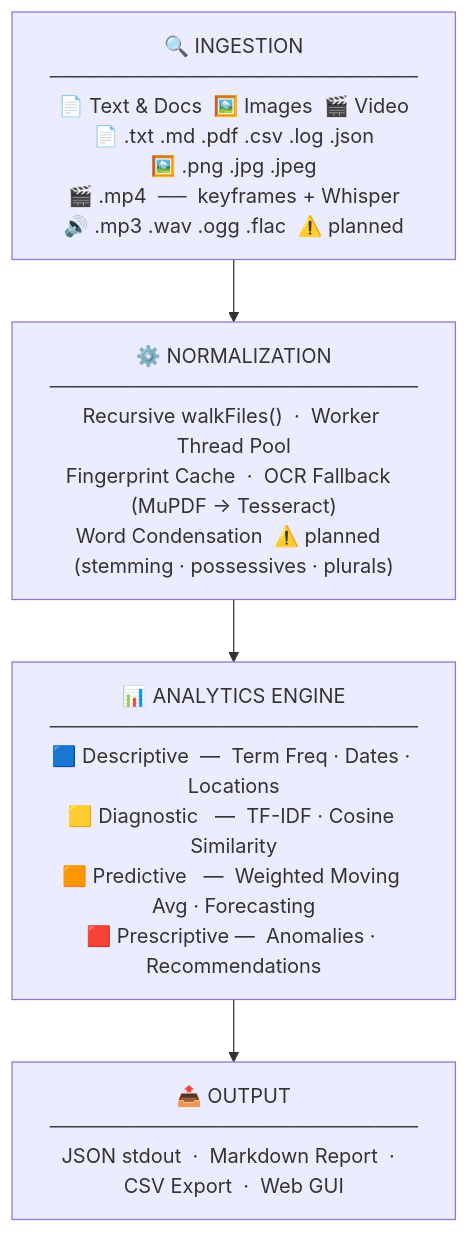
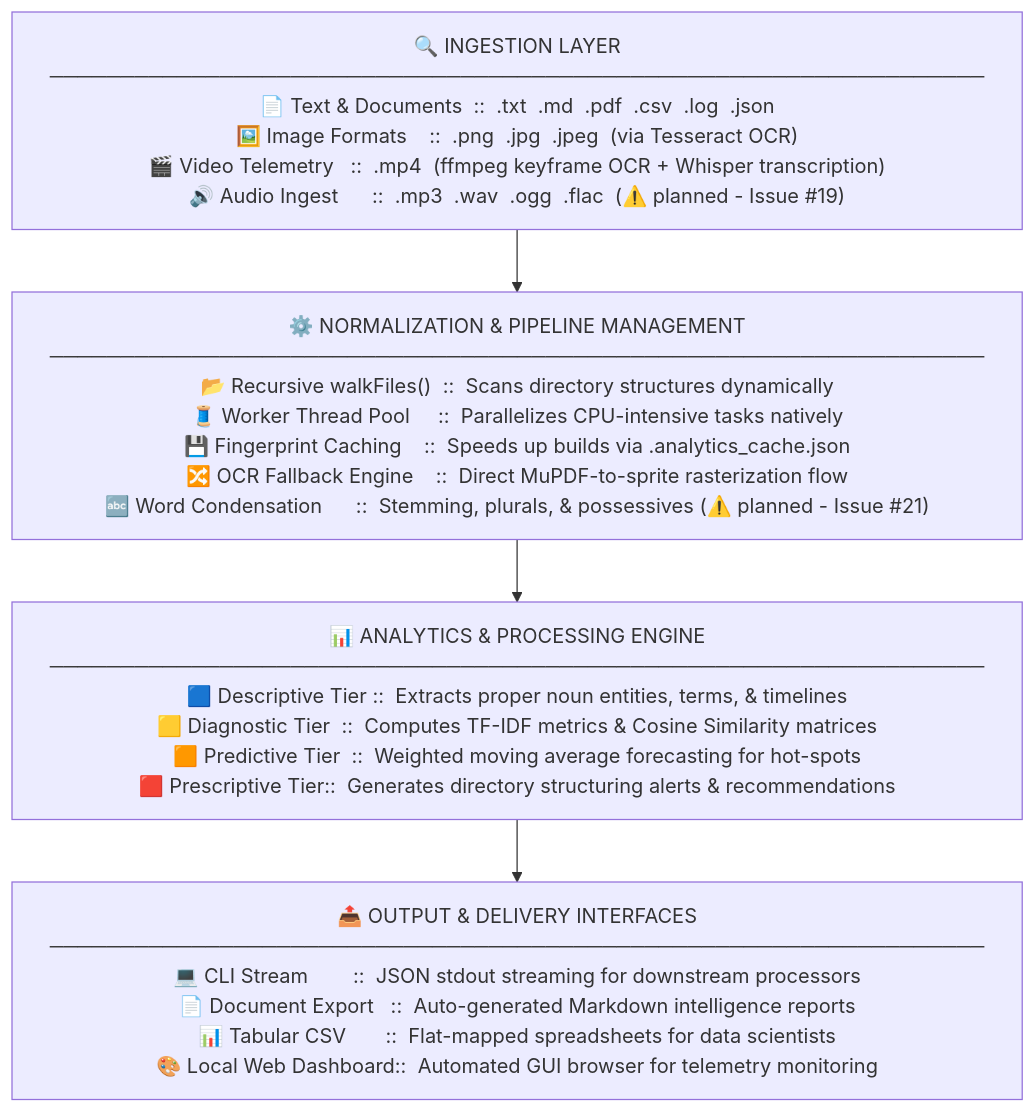
Before and after one commit to aj1126/UAP_AnalyticsBot: the diagram in README.md, drawn with Mermaid.

Commit message:
docs: widen Mermaid pipeline diagram boxes for improved layout legibility

````diff
--- a/README.md
+++ b/README.md
@@ -12,12 +12,33 @@
 ```mermaid
 flowchart TD
-    A["🔍 INGESTION\n──────────────────────────\n📄 Text & Docs  🖼️ Images  🎬 Video\n📄 .txt .md .pdf .csv .log .json\n🖼️ .png .jpg .jpeg\n🎬 .mp4  ──  keyframes + Whisper\n🔊 .mp3 .wav .ogg .flac  ⚠️ planned"]
+    A["🔍 INGESTION LAYER
+──────────────────────────────────────────────────────────────────
+📄 Text & Documents  ::  .txt  .md  .pdf  .csv  .log  .json
+🖼️ Image Formats    ::  .png  .jpg  .jpeg  (via Tesseract OCR)
+🎬 Video Telemetry   ::  .mp4  (ffmpeg keyframe OCR + Whisper transcription)
+🔊 Audio Ingest      ::  .mp3  .wav  .ogg  .flac  (⚠️ planned - Issue #19)"]
 
-    B["⚙️ NORMALIZATION\n──────────────────────────\nRecursive walkFiles()  ·  Worker Thread Pool\nFingerprint Cache  ·  OCR Fallback  (MuPDF → Tesseract)\nWord Condensation  ⚠️ planned  (stemming · possessives · plurals)"]
+    B["⚙️ NORMALIZATION & PIPELINE MANAGEMENT
+──────────────────────────────────────────────────────────────────
+📂 Recursive walkFiles()  ::  Scans directory structures dynamically
+🧵 Worker Thread Pool     ::  Parallelizes CPU-intensive tasks natively
+💾 Fingerprint Caching    ::  Speeds up builds via .analytics_cache.json
+🔀 OCR Fallback Engine    ::  Direct MuPDF-to-sprite rasterization flow
+🔤 Word Condensation      ::  Stemming, plurals, & possessives (⚠️ planned - Issue #21)"]
 
-    C["📊 ANALYTICS ENGINE\n──────────────────────────\n🟦 Descriptive  —  Term Freq · Dates · Locations\n🟨 Diagnostic   —  TF-IDF · Cosine Similarity\n🟧 Predictive   —  Weighted Moving Avg · Forecasting\n🟥 Prescriptive —  Anomalies · Recommendations"]
+    C["📊 ANALYTICS & PROCESSING ENGINE
+──────────────────────────────────────────────────────────────────
+🟦 Descriptive Tier ::  Extracts proper noun entities, terms, & timelines
+🟨 Diagnostic Tier  ::  Computes TF-IDF metrics & Cosine Similarity matrices
+🟧 Predictive Tier  ::  Weighted moving average forecasting for hot-spots
+🟥 Prescriptive Tier::  Generates directory structuring alerts & recommendations"]
 
-    D["📤 OUTPUT\n──────────────────────────\nJSON stdout  ·  Markdown Report  ·  CSV Export  ·  Web GUI"]
+    D["📤 OUTPUT & DELIVERY INTERFACES
+──────────────────────────────────────────────────────────────────
+💻 CLI Stream        ::  JSON stdout streaming for downstream processors
+📄 Document Export   ::  Auto-generated Markdown intelligence reports
+📊 Tabular CSV       ::  Flat-mapped spreadsheets for data scientists
+🎨 Local Web Dashboard::  Automated GUI browser for telemetry monitoring"]
 
     A --> B --> C --> D
 ```
````
